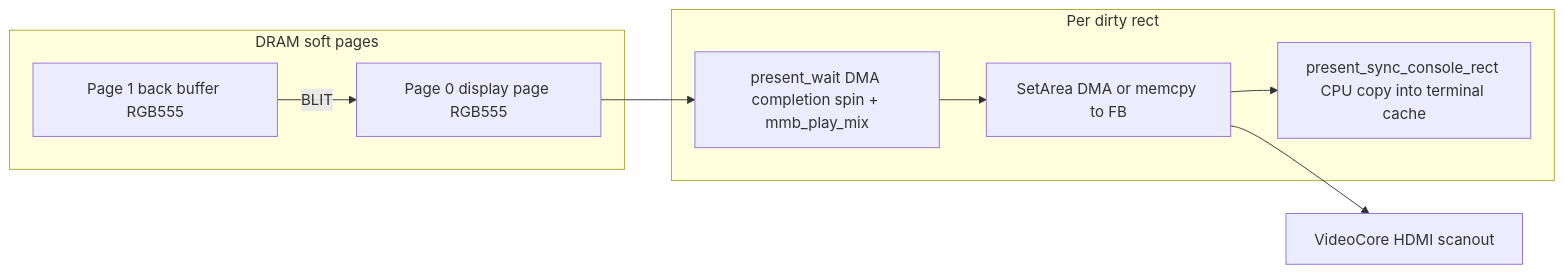
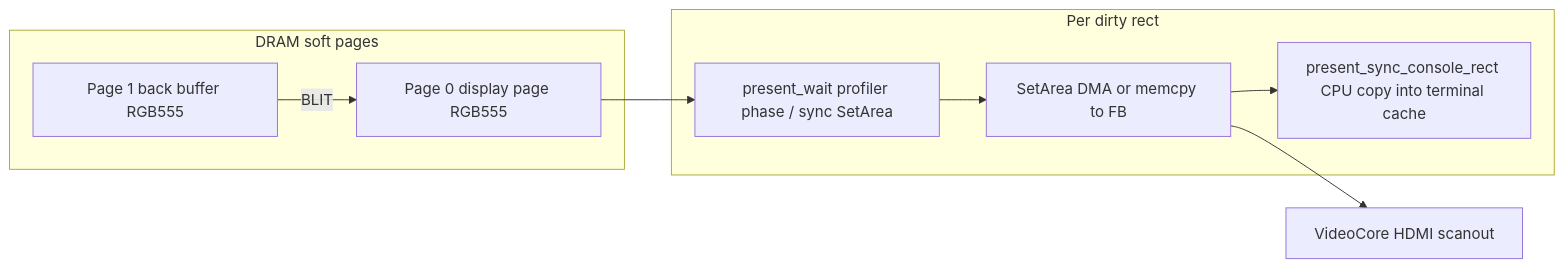
One commit to marnixk/mmcore changed the first of 2 diagrams in docs/analysis/pi400-vs-fbdev-perf.md. Above: the diagram before and after it, drawn with Mermaid. The commit also changed other lines of this file and 3 other files, not shown here.

First line of the commit message:
Pi: drop dead present-wait spin and audio mix coupling (#1404)

````diff
--- a/docs/analysis/pi400-vs-fbdev-perf.md
+++ b/docs/analysis/pi400-vs-fbdev-perf.md
@@ -40,16 +40,16 @@
 ```mermaid
 flowchart LR
   subgraph ram [DRAM soft pages]
     P1[Page 1 back buffer RGB555]
     P0[Page 0 display page RGB555]
   end
   subgraph present [Per dirty rect]
     DMA[SetArea DMA or memcpy to FB]
     SYNC[present_sync_console_rect CPU copy into terminal cache]
-    WAIT[present_wait DMA completion spin + mmb_play_mix]
+    WAIT[present_wait profiler phase / sync SetArea]
   end
   VC[VideoCore HDMI scanout]
   P1 -->|BLIT| P0
   P0 --> WAIT --> DMA --> VC
   DMA --> SYNC
 ```
````
